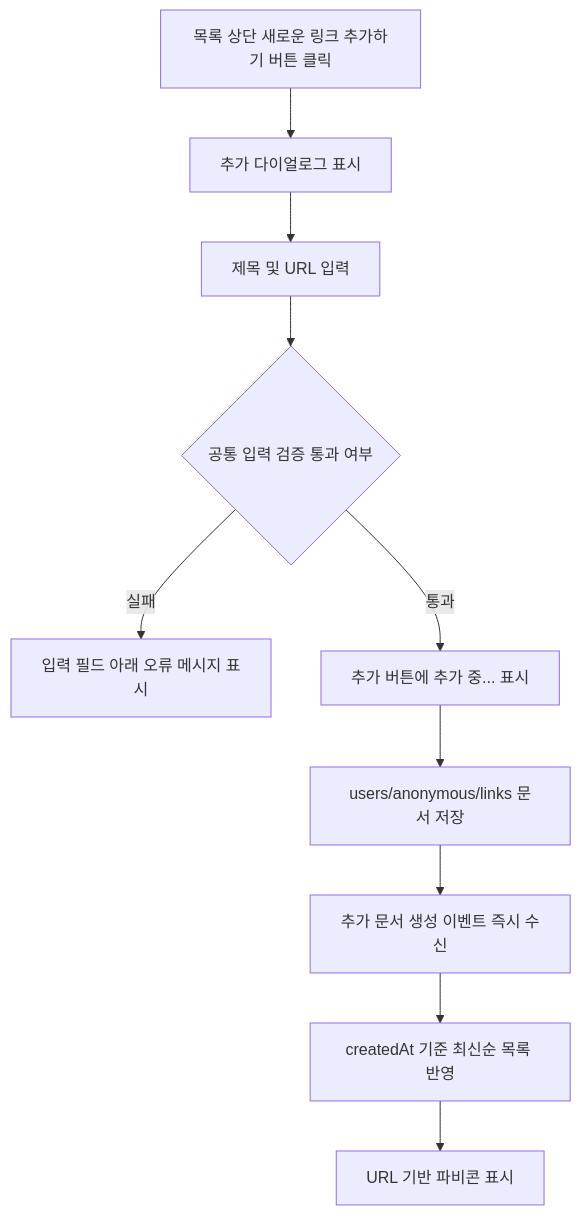
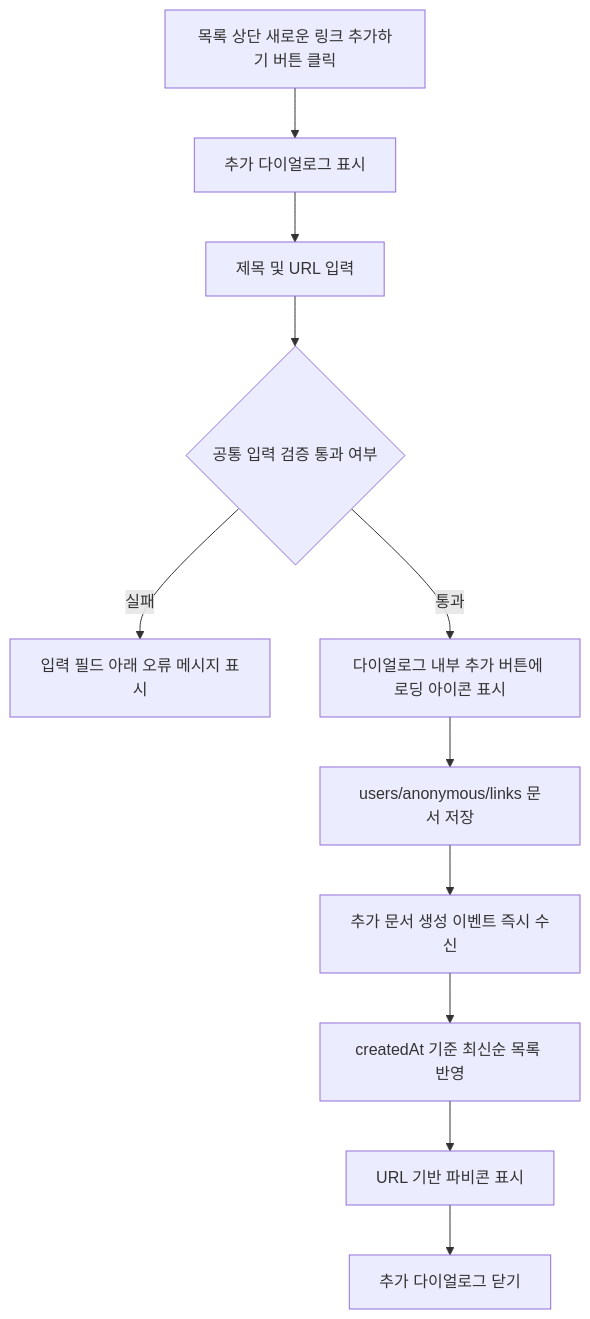
One commit to olivesch/my-link changed the sixth of 13 diagrams in docs/Wireframe.md. Above: the diagram before and after it, drawn with Mermaid. The commit also changed other lines of this file and 4 other files, not shown here.

````diff
--- a/docs/Wireframe.md
+++ b/docs/Wireframe.md
@@ -150,12 +150,13 @@
 ```mermaid
 flowchart TD
   A["목록 상단 새로운 링크 추가하기 버튼 클릭"] --> B["추가 다이얼로그 표시"]
   B --> C["제목 및 URL 입력"]
   C --> D{"공통 입력 검증 통과 여부"}
   D -->|실패| E["입력 필드 아래 오류 메시지 표시"]
-  D -->|통과| F["추가 버튼에 추가 중... 표시"]
+  D -->|통과| F["다이얼로그 내부 추가 버튼에 로딩 아이콘 표시"]
   F --> G["users/anonymous/links 문서 저장"]
   G --> H["추가 문서 생성 이벤트 즉시 수신"]
   H --> J["createdAt 기준 최신순 목록 반영"]
   J --> I["URL 기반 파비콘 표시"]
+  I --> K["추가 다이얼로그 닫기"]
 ```
````
